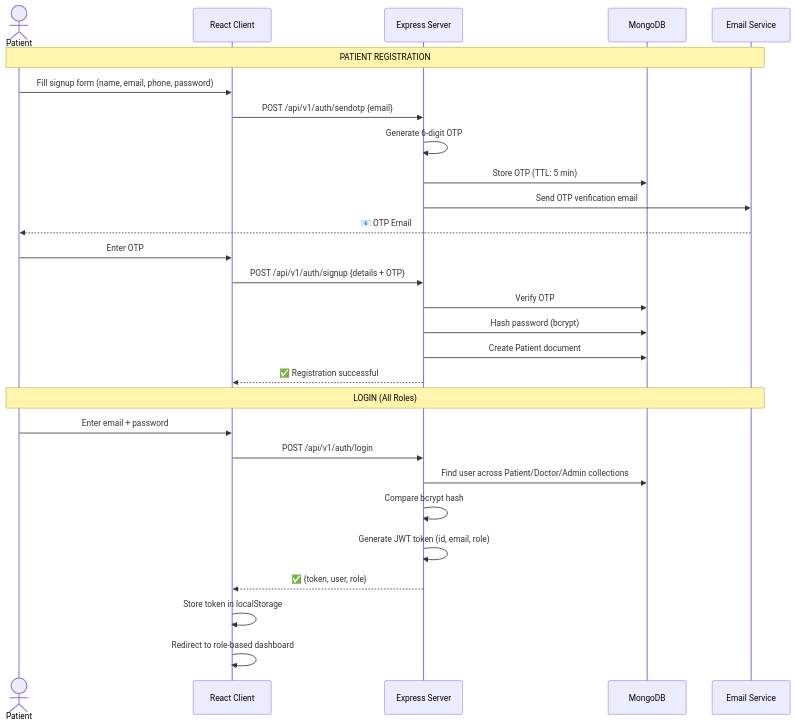
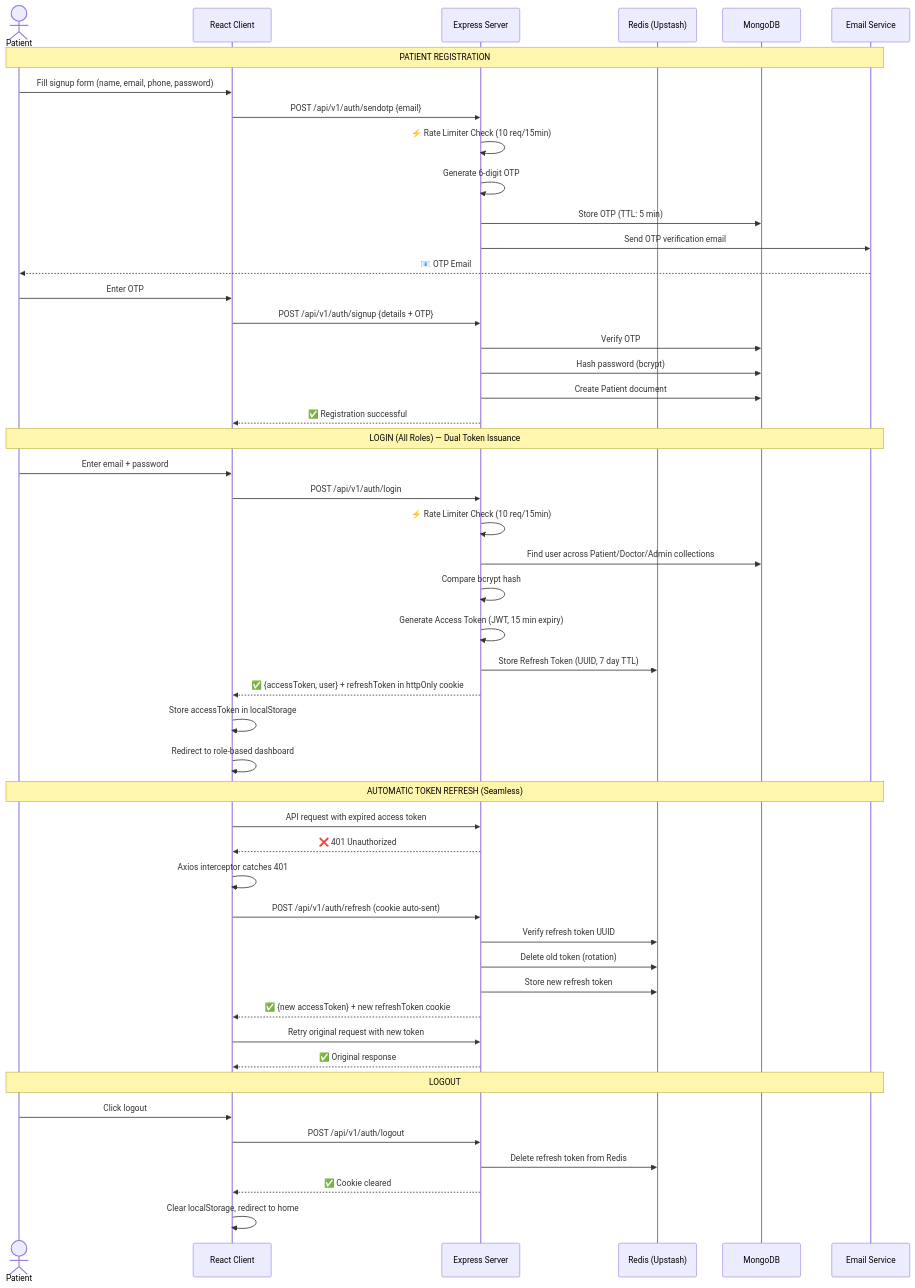
One commit to Gagan202005/Hospital_Management_System changed the third of 7 diagrams in README.md. Above: the diagram before and after it, drawn with Mermaid. The commit also changed other lines of this file, not shown here.

First line of the commit message:
docs: update README with Redis, refresh tokens, and rate limiting documentation

````diff
--- a/README.md
+++ b/README.md
@@ -290,32 +298,55 @@
 ```mermaid
 sequenceDiagram
     actor P as Patient
     participant C as React Client
     participant S as Express Server
+    participant R as Redis (Upstash)
     participant DB as MongoDB
     participant E as Email Service
 
     Note over P,E: PATIENT REGISTRATION
     P->>C: Fill signup form (name, email, phone, password)
     C->>S: POST /api/v1/auth/sendotp {email}
+    S->>S: ⚡ Rate Limiter Check (10 req/15min)
     S->>S: Generate 6-digit OTP
     S->>DB: Store OTP (TTL: 5 min)
     S->>E: Send OTP verification email
     E-->>P: 📧 OTP Email
     P->>C: Enter OTP
     C->>S: POST /api/v1/auth/signup {details + OTP}
     S->>DB: Verify OTP
     S->>DB: Hash password (bcrypt)
     S->>DB: Create Patient document
     S-->>C: ✅ Registration successful
 
-    Note over P,E: LOGIN (All Roles)
+    Note over P,E: LOGIN (All Roles) — Dual Token Issuance
     P->>C: Enter email + password
     C->>S: POST /api/v1/auth/login
+    S->>S: ⚡ Rate Limiter Check (10 req/15min)
     S->>DB: Find user across Patient/Doctor/Admin collections
     S->>S: Compare bcrypt hash
-    S->>S: Generate JWT token (id, email, role)
-    S-->>C: ✅ {token, user, role}
-    C->>C: Store token in localStorage
+    S->>S: Generate Access Token (JWT, 15 min expiry)
+    S->>R: Store Refresh Token (UUID, 7 day TTL)
+    S-->>C: ✅ {accessToken, user} + refreshToken in httpOnly cookie
+    C->>C: Store accessToken in localStorage
     C->>C: Redirect to role-based dashboard
+
+    Note over P,E: AUTOMATIC TOKEN REFRESH (Seamless)
+    C->>S: API request with expired access token
+    S-->>C: ❌ 401 Unauthorized
+    C->>C: Axios interceptor catches 401
+    C->>S: POST /api/v1/auth/refresh (cookie auto-sent)
+    S->>R: Verify refresh token UUID
+    S->>R: Delete old token (rotation)
+    S->>R: Store new refresh token
+    S-->>C: ✅ {new accessToken} + new refreshToken cookie
+    C->>S: Retry original request with new token
+    S-->>C: ✅ Original response
+
+    Note over P,E: LOGOUT
+    P->>C: Click logout
+    C->>S: POST /api/v1/auth/logout
+    S->>R: Delete refresh token from Redis
+    S-->>C: ✅ Cookie cleared
+    C->>C: Clear localStorage, redirect to home
 ```
````
